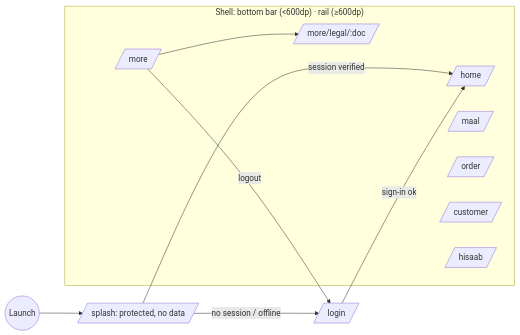
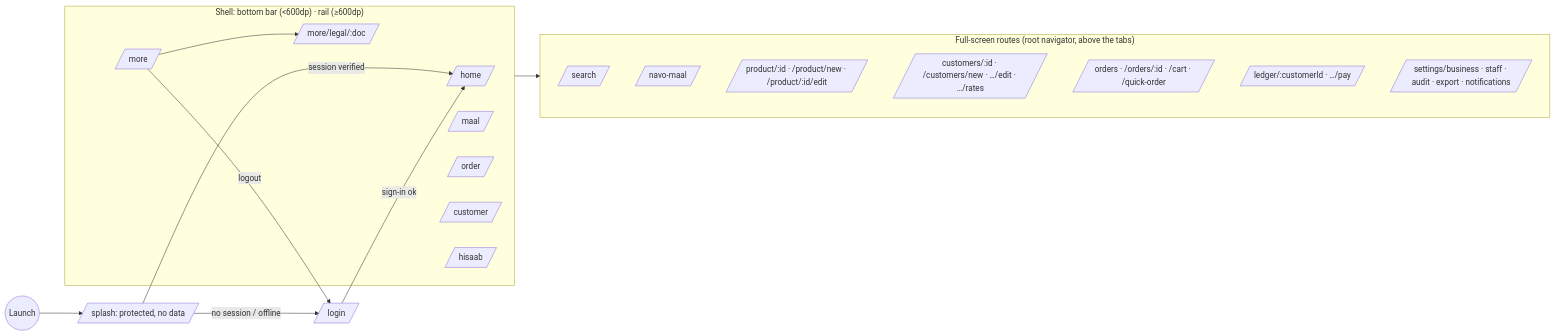
One commit to thehummingbirdsrudios-lgtm/Mobile_app changed the diagram in docs/architecture/navigation.md. Above: the diagram before and after it, drawn with Mermaid. The commit also changed other lines of this file and 23 other files, not shown here.

````diff
--- a/docs/architecture/navigation.md
+++ b/docs/architecture/navigation.md
@@ -3,16 +3,26 @@
 ```mermaid
 flowchart LR
   launch((Launch)) --> splash[/splash: protected, no data/]
   splash -->|no session / offline| login[/login/]
   splash -->|session verified| home
   login -->|sign-in ok| home
   subgraph Shell["Shell: bottom bar (<600dp) · rail (≥600dp)"]
     home[/home/]
     maal[/maal/]
     order[/order/]
     customer[/customer/]
     hisaab[/hisaab/]
     more[/more/] --> legal[/more/legal/:doc/]
   end
   more -->|logout| login
+  subgraph Full["Full-screen routes (root navigator, above the tabs)"]
+    search[/search/]
+    navo[/navo-maal/]
+    product[/product/:id · /product/new · /product/:id/edit/]
+    cust[/customers/:id · /customers/new · …/edit · …/rates/]
+    orders[/orders · /orders/:id · /cart · /quick-order/]
+    ledger[/ledger/:customerId · …/pay/]
+    settings[/settings/business · staff · audit · export · notifications/]
+  end
+  Shell --> Full
 ```
````
